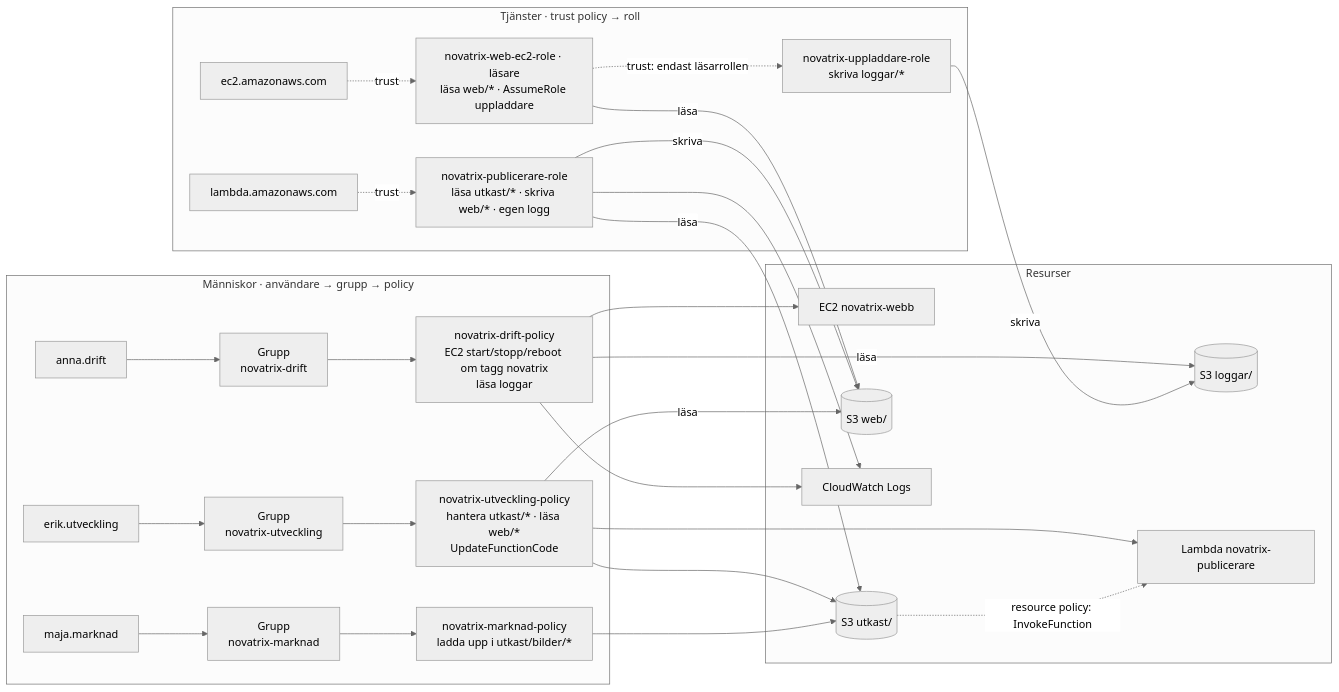
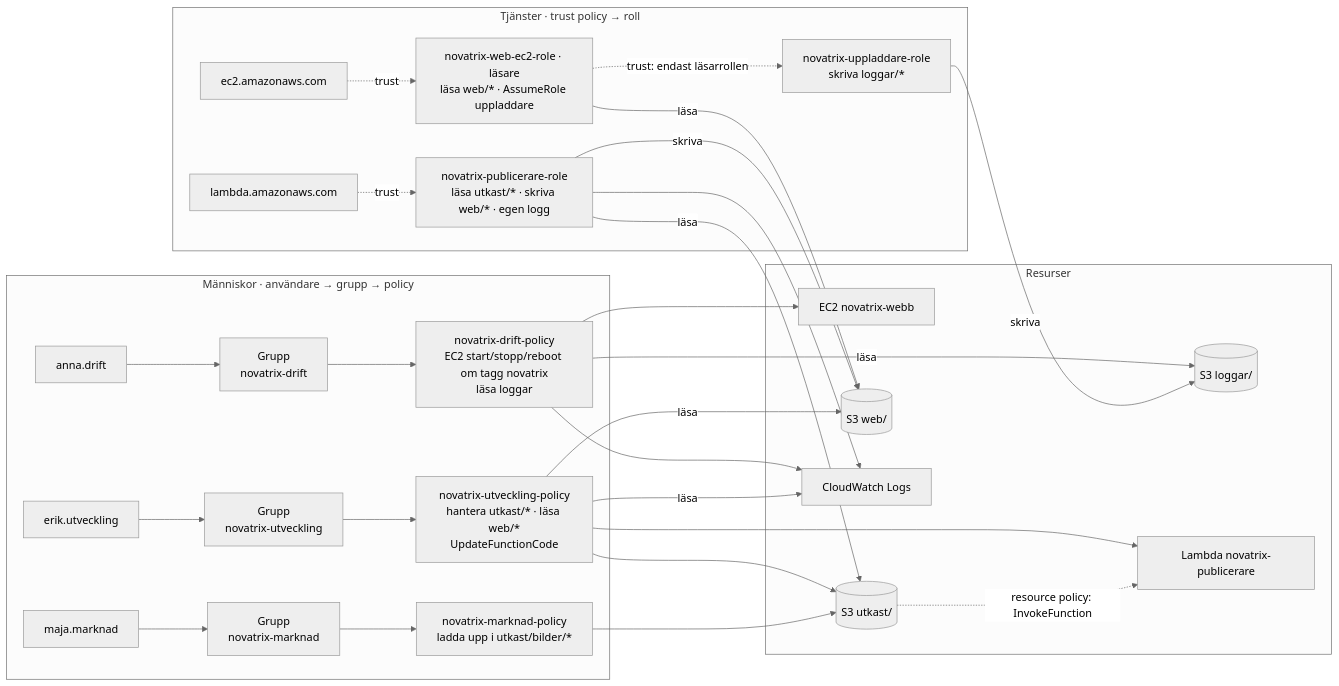
One commit to 03timnor/AWS_MOV25 changed the first of 2 diagrams in V43/README.md. Above: the diagram before and after it, drawn with Mermaid (neutral theme). The commit also changed other lines of this file, not shown here.

````diff
--- a/V43/README.md
+++ b/V43/README.md
@@ -1324,37 +1324,38 @@
 ```mermaid
 flowchart LR
     subgraph manniskor["Människor · användare → grupp → policy"]
         anna["anna.drift"] --> gd["Grupp<br/>novatrix-drift"] --> pd["novatrix-drift-policy<br/>EC2 start/stopp/reboot om tagg novatrix<br/>läsa loggar"]
         erik["erik.utveckling"] --> gu["Grupp<br/>novatrix-utveckling"] --> pu["novatrix-utveckling-policy<br/>hantera utkast/* · läsa web/*<br/>UpdateFunctionCode"]
         maja["maja.marknad"] --> gm["Grupp<br/>novatrix-marknad"] --> pm["novatrix-marknad-policy<br/>ladda upp i utkast/bilder/*"]
     end
 
     subgraph tjanster["Tjänster · trust policy → roll"]
         ec2t["ec2.amazonaws.com"] -.->|"trust"| rl["novatrix-web-ec2-role · läsare<br/>läsa web/* · AssumeRole uppladdare"]
         rl -.->|"trust: endast läsarrollen"| ru["novatrix-uppladdare-role<br/>skriva loggar/*"]
         lt["lambda.amazonaws.com"] -.->|"trust"| rp["novatrix-publicerare-role<br/>läsa utkast/* · skriva web/* · egen logg"]
     end
 
     subgraph res["Resurser"]
         ec2r["EC2 novatrix-webb"]
         s3u[("S3 utkast/")]
         s3w[("S3 web/")]
         s3l[("S3 loggar/")]
         lam["Lambda novatrix-publicerare"]
         cwl["CloudWatch Logs"]
     end
 
     pd --> ec2r
     pd --> cwl
     pd -->|"läsa"| s3l
     pu --> s3u
     pu -->|"läsa"| s3w
     pu --> lam
+    pu -->|"läsa"| cwl
     pm --> s3u
     rl -->|"läsa"| s3w
     ru -->|"skriva"| s3l
     rp -->|"läsa"| s3u
     rp -->|"skriva"| s3w
     rp --> cwl
     s3u -.->|"resource policy: InvokeFunction"| lam
 ```
````
